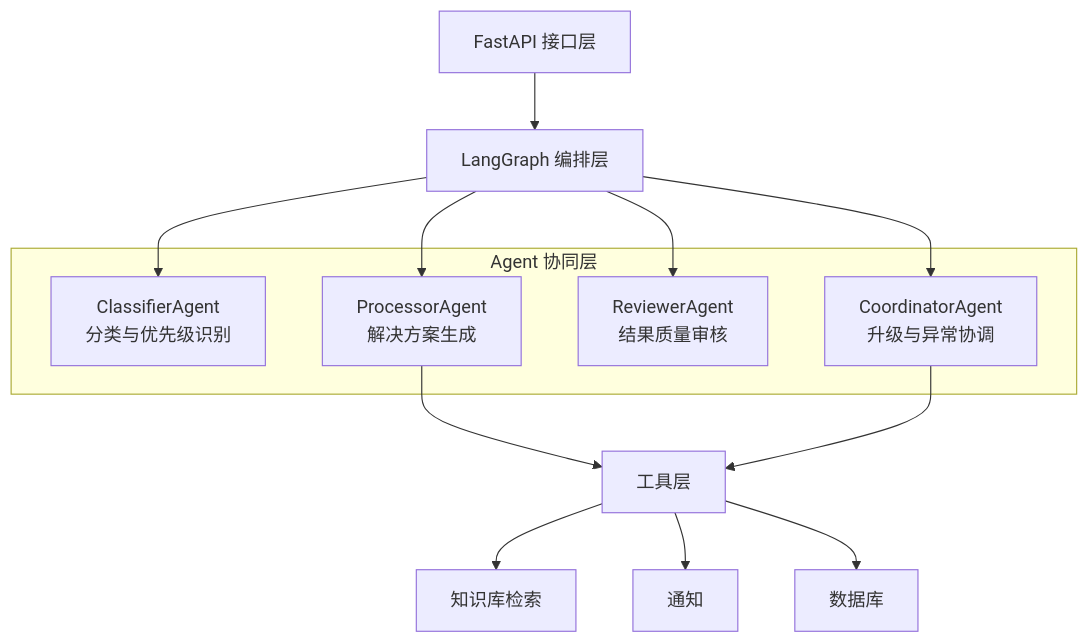
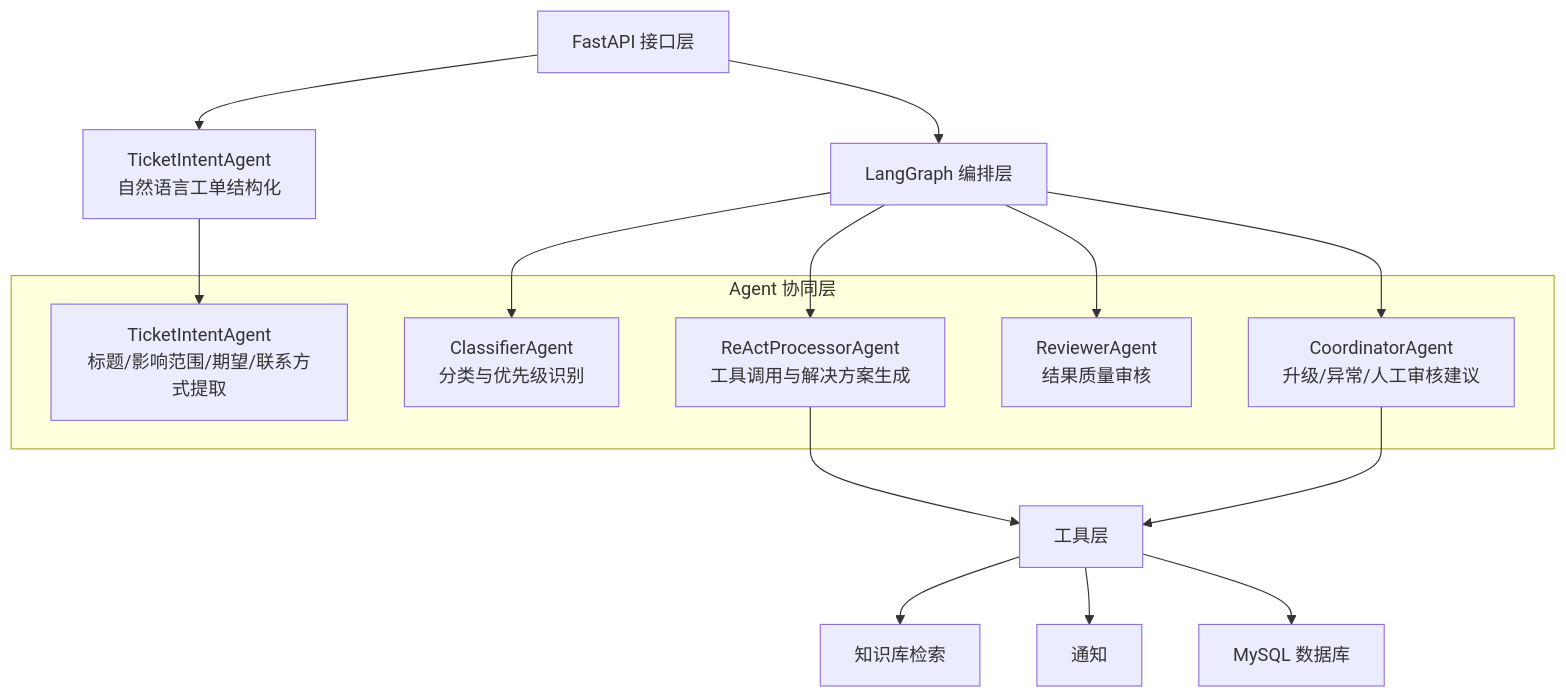
One commit to ArtLjn/AgentDesk changed the first of 2 diagrams in docs/design-spec/01_正式设计/01_多智能体协同架构.md. Above: the diagram before and after it, drawn with Mermaid. The commit also changed other lines of this file and 23 other files, not shown here.

````diff
--- a/docs/design-spec/01_正式设计/01_多智能体协同架构.md
+++ b/docs/design-spec/01_正式设计/01_多智能体协同架构.md
@@ -9,22 +9,25 @@
 ```mermaid
 flowchart TB
-    API[FastAPI 接口层] --> Graph[LangGraph 编排层]
+    API[FastAPI 接口层] --> Intent[TicketIntentAgent<br/>自然语言工单结构化]
+    API --> Graph[LangGraph 编排层]
 
     subgraph AgentLayer[Agent 协同层]
+        I1[TicketIntentAgent<br/>标题/影响范围/期望/联系方式提取]
         C1[ClassifierAgent<br/>分类与优先级识别]
-        P1[ProcessorAgent<br/>解决方案生成]
+        P1[ReActProcessorAgent<br/>工具调用与解决方案生成]
         R1[ReviewerAgent<br/>结果质量审核]
-        S1[CoordinatorAgent<br/>升级与异常协调]
+        S1[CoordinatorAgent<br/>升级/异常/人工审核建议]
     end
 
+    Intent --> I1
     Graph --> C1
     Graph --> P1
     Graph --> R1
     Graph --> S1
 
     P1 --> Tools[工具层]
     S1 --> Tools
     Tools --> KB[知识库检索]
     Tools --> Notify[通知]
-    Tools --> DB[数据库]
+    Tools --> DB[MySQL 数据库]
 ```
````
